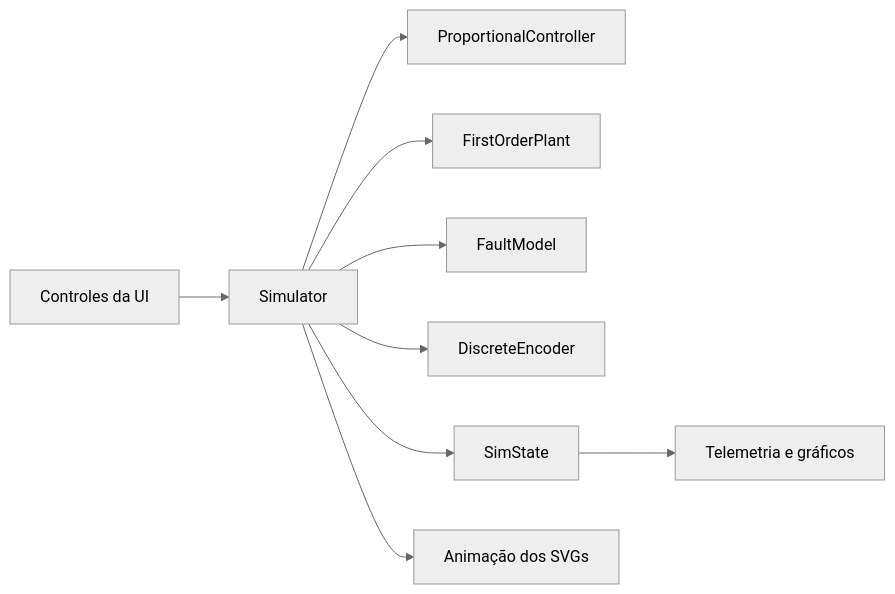
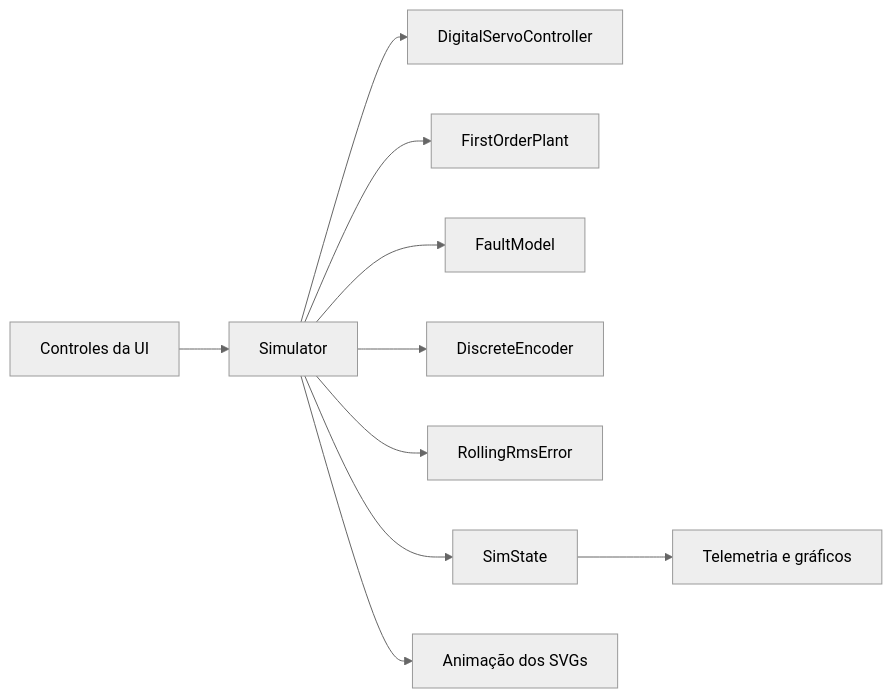
One commit to gut0leao/tapepilot-sim changed the first of 4 diagrams in docs/architecture.md. Above: the diagram before and after it, drawn with Mermaid (neutral theme). The commit also changed other lines of this file and 30 other files, not shown here.

Commit message:
Add digital servo control and headless scenarios

````diff
--- a/docs/architecture.md
+++ b/docs/architecture.md
@@ -8,11 +8,12 @@
 ```mermaid
 flowchart LR
     Controls[Controles da UI] --> Simulator
-    Simulator --> Controller[ProportionalController]
+    Simulator --> Controller[DigitalServoController]
     Simulator --> Plant[FirstOrderPlant]
     Simulator --> Faults[FaultModel]
     Simulator --> Encoder[DiscreteEncoder]
+    Simulator --> Metrics[RollingRmsError]
     Simulator --> SimState
     SimState --> Telemetry[Telemetria e gráficos]
     Simulator --> Animation[Animação dos SVGs]
 ```
````
